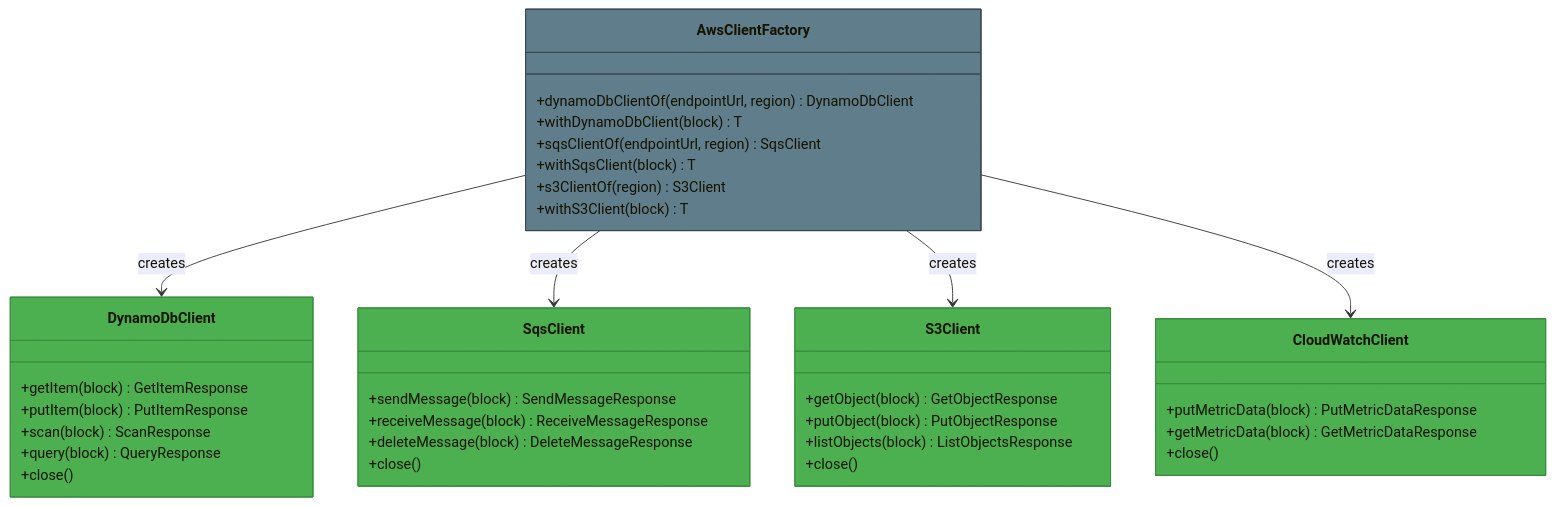
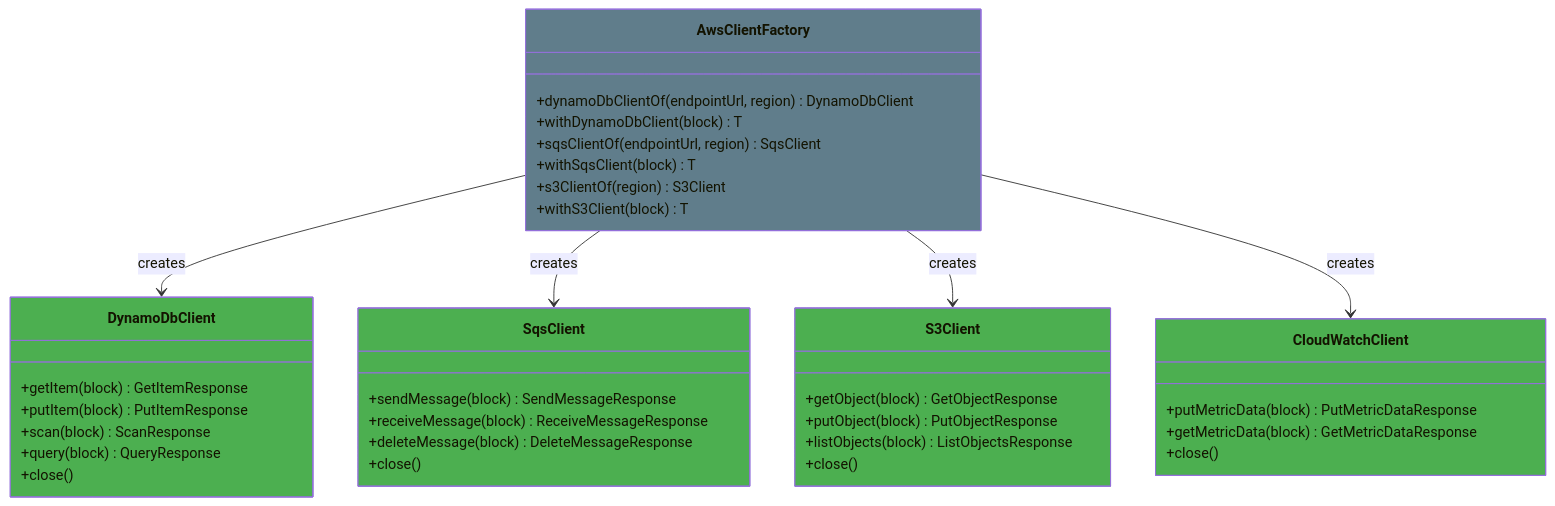
Before and after one commit to bluetape4k/bluetape4k-projects: the first of 3 diagrams in aws/aws-kotlin/README.md, drawn with Mermaid. The commit also changed 94 other files, not shown here.

First line of the commit message:
docs: Mermaid classDef에서 stroke:#색상 제거 (파서 오류 수정)

````diff
--- a/aws/aws-kotlin/README.md
+++ b/aws/aws-kotlin/README.md
@@ -167,43 +167,43 @@
 ```mermaid
 classDiagram
     class DynamoDbClient:::serviceStyle {
         +getItem(block) GetItemResponse
         +putItem(block) PutItemResponse
         +scan(block) ScanResponse
         +query(block) QueryResponse
         +close()
     }
     class SqsClient:::serviceStyle {
         +sendMessage(block) SendMessageResponse
         +receiveMessage(block) ReceiveMessageResponse
         +deleteMessage(block) DeleteMessageResponse
         +close()
     }
     class S3Client:::serviceStyle {
         +getObject(block) GetObjectResponse
         +putObject(block) PutObjectResponse
         +listObjects(block) ListObjectsResponse
         +close()
     }
     class CloudWatchClient:::serviceStyle {
         +putMetricData(block) PutMetricDataResponse
         +getMetricData(block) GetMetricDataResponse
         +close()
     }
     class AwsClientFactory:::infraStyle {
         +dynamoDbClientOf(endpointUrl, region) DynamoDbClient
         +withDynamoDbClient(block) T
         +sqsClientOf(endpointUrl, region) SqsClient
         +withSqsClient(block) T
         +s3ClientOf(region) S3Client
         +withS3Client(block) T
     }
 
     AwsClientFactory --> DynamoDbClient : creates
     AwsClientFactory --> SqsClient : creates
     AwsClientFactory --> S3Client : creates
     AwsClientFactory --> CloudWatchClient : creates
 
-    classDef serviceStyle fill:#4CAF50,stroke:#388E3C
-    classDef infraStyle   fill:#607D8B,stroke:#37474F
+    classDef serviceStyle fill:#4CAF50
+    classDef infraStyle   fill:#607D8B
 ```
````
